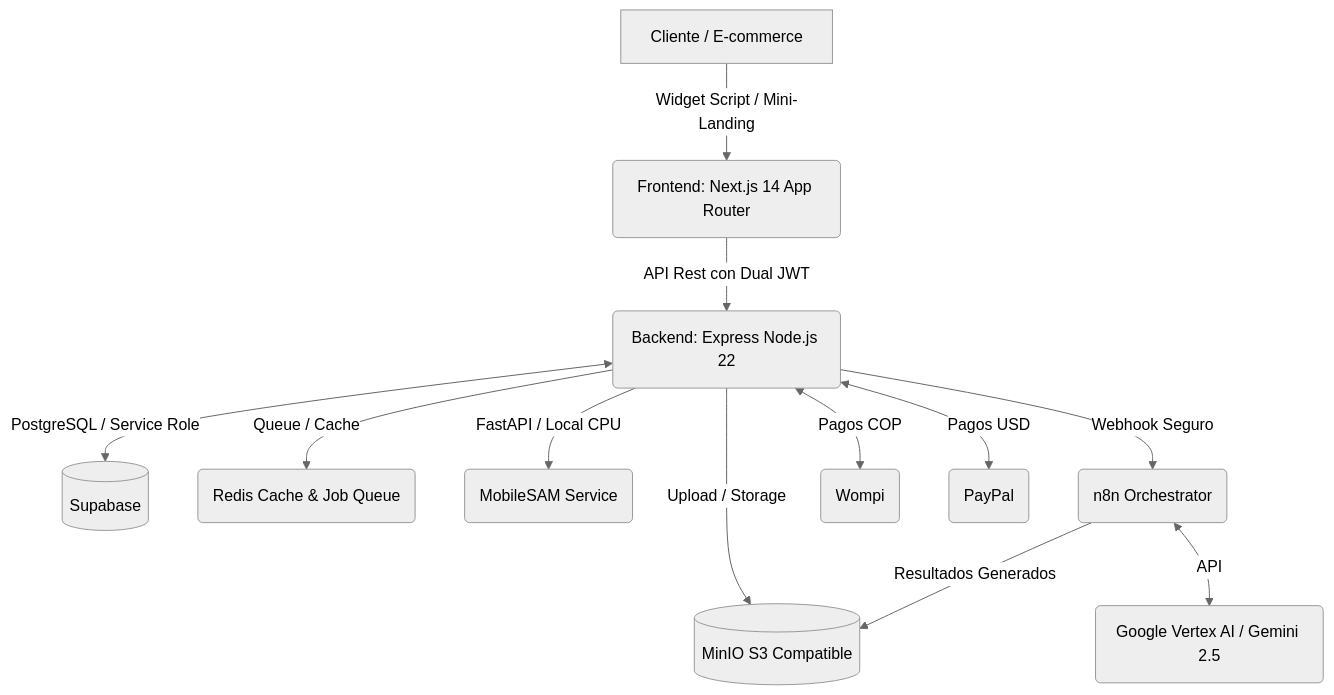
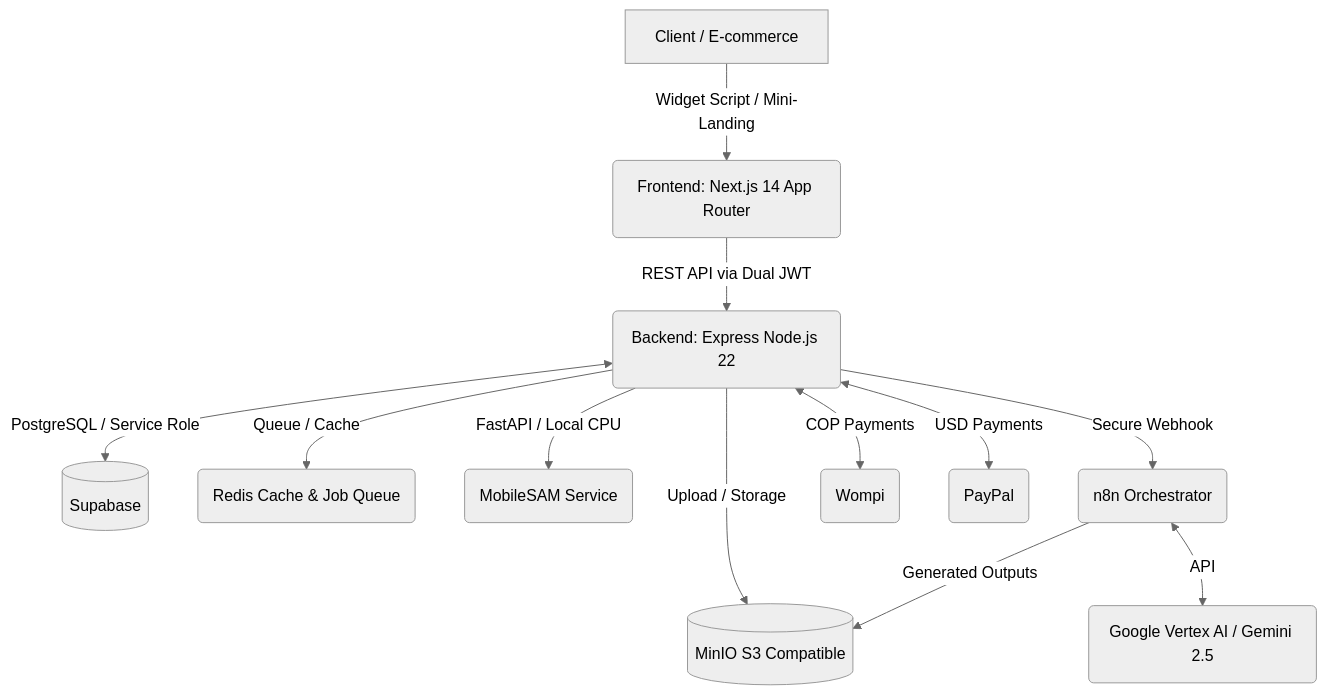
Before and after one commit to depper-IA/Lookitry: the diagram in README.md, drawn with Mermaid (neutral theme). The commit also changed other lines of this file and 252 other files, not shown here.

````diff
--- a/README.md
+++ b/README.md
@@ -37,14 +37,14 @@
 ```mermaid
 graph TD;
-    A["Cliente / E-commerce"] -->|"Widget Script / Mini-Landing"| B("Frontend: Next.js 14 App Router")
-    B -->|"API Rest con Dual JWT"| C("Backend: Express Node.js 22")
+    A["Client / E-commerce"] -->|"Widget Script / Mini-Landing"| B("Frontend: Next.js 14 App Router")
+    B -->|"REST API via Dual JWT"| C("Backend: Express Node.js 22")
     C <-->|"PostgreSQL / Service Role"| D[("Supabase")]
     C -->|"Upload / Storage"| E[("MinIO S3 Compatible")]
     C -->|"Queue / Cache"| F("Redis Cache & Job Queue")
     C -->|"FastAPI / Local CPU"| G("MobileSAM Service")
-    C -->|"Webhook Seguro"| H("n8n Orchestrator")
+    C -->|"Secure Webhook"| H("n8n Orchestrator")
     H <-->|"API"| I("Google Vertex AI / Gemini 2.5")
-    H -->|"Resultados Generados"| E
-    C <-->|"Pagos COP"| J("Wompi")
-    C <-->|"Pagos USD"| K("PayPal")
+    H -->|"Generated Outputs"| E
+    C <-->|"COP Payments"| J("Wompi")
+    C <-->|"USD Payments"| K("PayPal")
 ```
````
